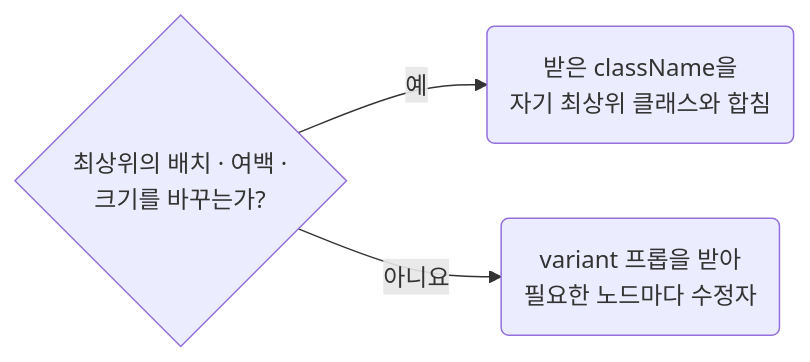
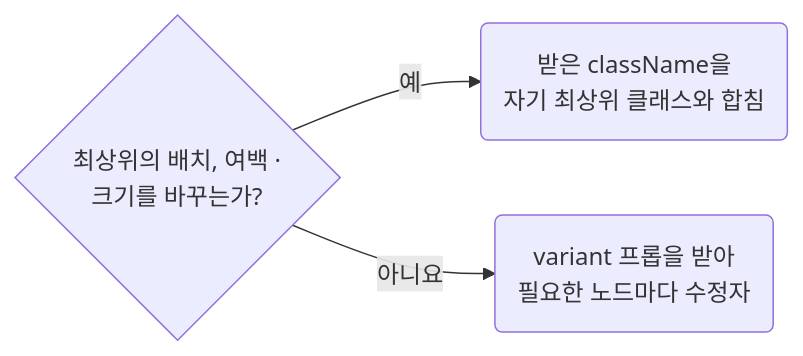
The diagram in skill/css/rules/03-04-composition-inject-classes-only-at-the-entry-point.md (minu-ha/agent-conventions), drawn with Mermaid before and after one commit. The commit also changed 194 other files, not shown here.

````diff
--- a/skill/css/rules/03-04-composition-inject-classes-only-at-the-entry-point.md
+++ b/skill/css/rules/03-04-composition-inject-classes-only-at-the-entry-point.md
@@ -27,5 +27,5 @@
 ```mermaid
 flowchart LR
-	q1{"최상위의 배치 · 여백 ·<br>크기를 바꾸는가?"} -- 예 --> r1("받은 className을<br>자기 최상위 클래스와 합침")
+	q1{"최상위의 배치, 여백 ·<br>크기를 바꾸는가?"} -- 예 --> r1("받은 className을<br>자기 최상위 클래스와 합침")
 	q1 -- 아니요 --> r2("variant 프롭을 받아<br>필요한 노드마다 수정자")
 ```
````
